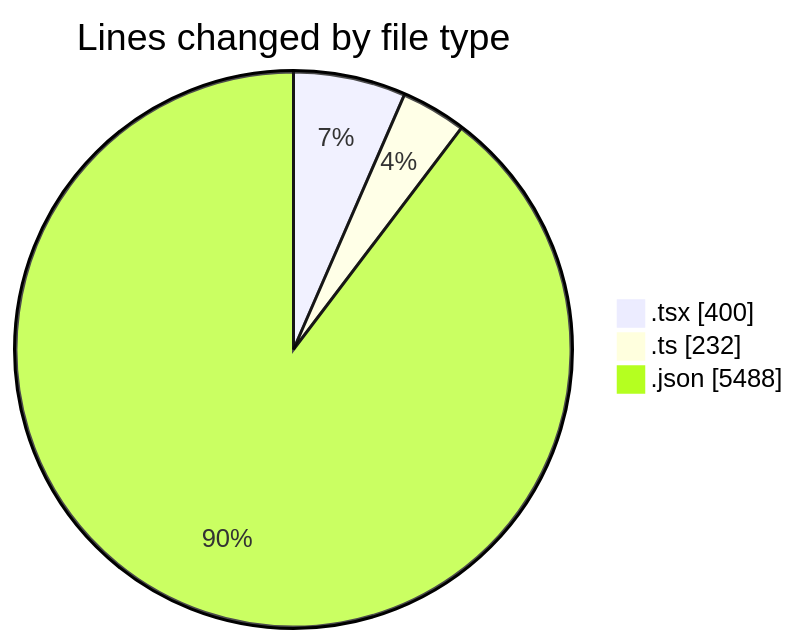
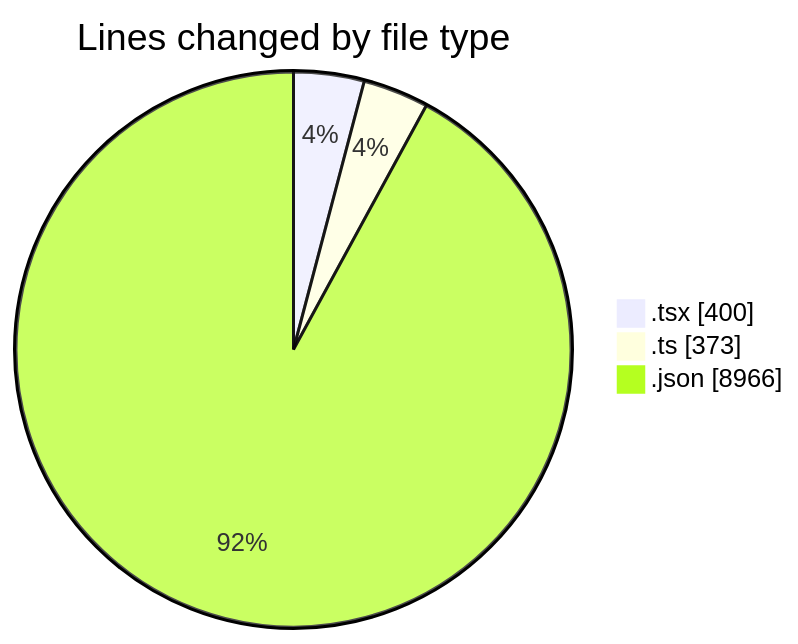
Before and after one commit to nxtqubesakshisongat/code-tracking: the first of 2 diagrams in 2026-04-12/airfeed-analytics-dashboard/README.md, drawn with Mermaid. The commit also changed other lines of this file and 1 other file, not shown here.

````diff
--- a/2026-04-12/airfeed-analytics-dashboard/README.md
+++ b/2026-04-12/airfeed-analytics-dashboard/README.md
@@ -27,7 +27,7 @@
 ```mermaid
 pie showData
 title Lines changed by file type
 ".tsx" : 400
-".ts" : 232
-".json" : 5488
+".ts" : 373
+".json" : 8966
 ```
````
